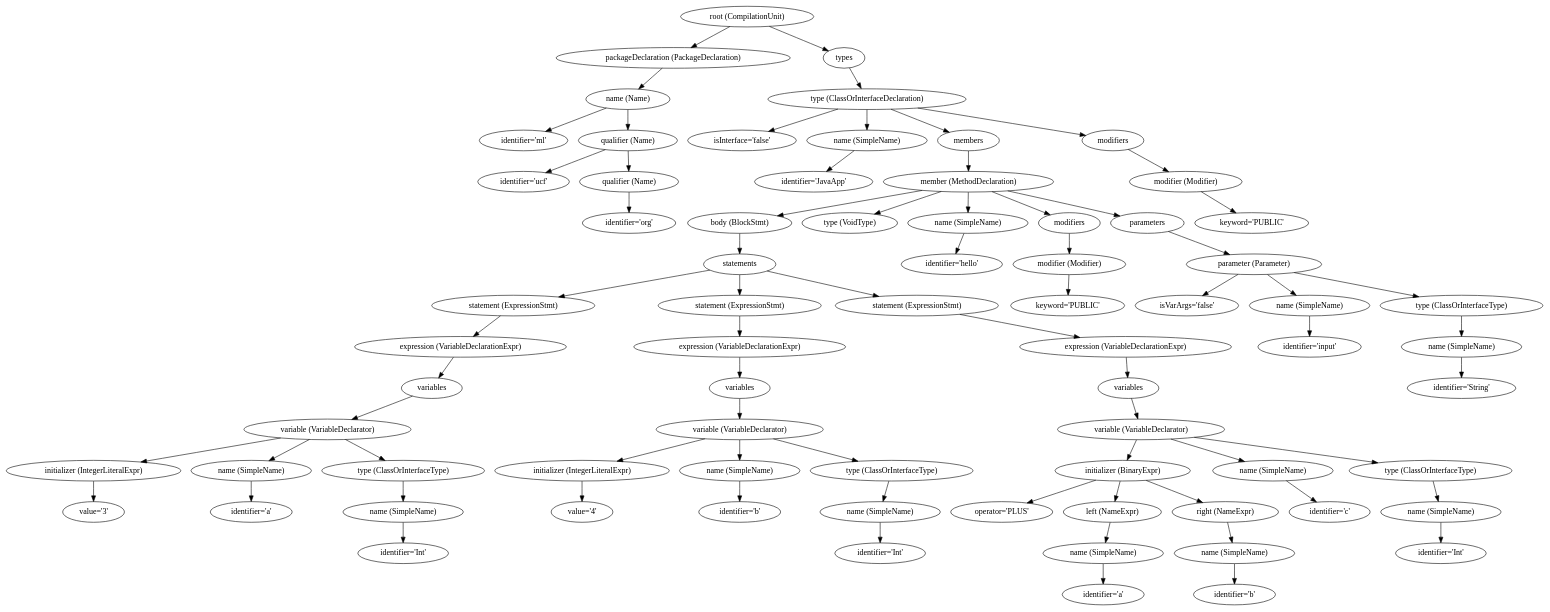
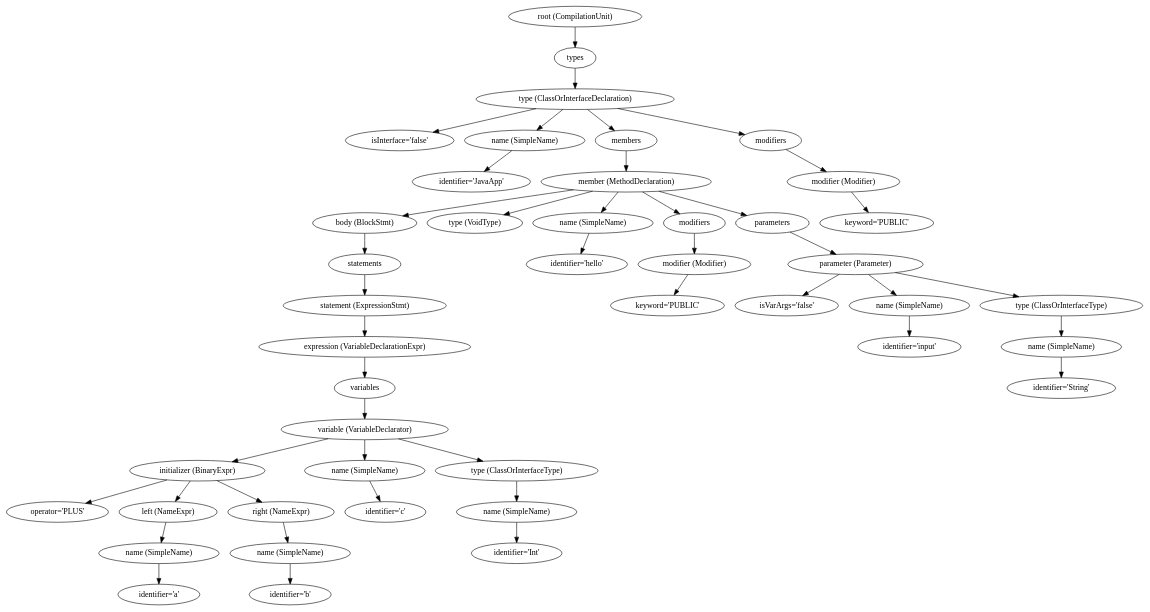
Before and after one commit to bingrao/code2abs: the diagram in log/test.dot, drawn with Graphviz. The commit also changed 9 other files, not shown here.

```diff
--- a/log/test.dot
+++ b/log/test.dot
@@ -1,147 +1,89 @@
 digraph {
 n0 [label="root (CompilationUnit)"];
-n1 [label="packageDeclaration (PackageDeclaration)"];
+n1 [label="types"];
 n0 -> n1;
-n2 [label="name (Name)"];
+n2 [label="type (ClassOrInterfaceDeclaration)"];
 n1 -> n2;
-n3 [label="identifier='ml'"];
+n3 [label="isInterface='false'"];
 n2 -> n3;
-n4 [label="qualifier (Name)"];
+n4 [label="name (SimpleName)"];
 n2 -> n4;
-n5 [label="identifier='ucf'"];
+n5 [label="identifier='JavaApp'"];
 n4 -> n5;
-n6 [label="qualifier (Name)"];
-n4 -> n6;
-n7 [label="identifier='org'"];
+n6 [label="members"];
+n2 -> n6;
+n7 [label="member (MethodDeclaration)"];
 n6 -> n7;
-n8 [label="types"];
-n0 -> n8;
-n9 [label="type (ClassOrInterfaceDeclaration)"];
+n8 [label="body (BlockStmt)"];
+n7 -> n8;
+n9 [label="statements"];
 n8 -> n9;
-n10 [label="isInterface='false'"];
+n10 [label="statement (ExpressionStmt)"];
 n9 -> n10;
-n11 [label="name (SimpleName)"];
-n9 -> n11;
-n12 [label="identifier='JavaApp'"];
+n11 [label="expression (VariableDeclarationExpr)"];
+n10 -> n11;
+n12 [label="variables"];
 n11 -> n12;
-n13 [label="members"];
-n9 -> n13;
-n14 [label="member (MethodDeclaration)"];
+n13 [label="variable (VariableDeclarator)"];
+n12 -> n13;
+n14 [label="initializer (BinaryExpr)"];
 n13 -> n14;
-n15 [label="body (BlockStmt)"];
+n15 [label="operator='PLUS'"];
 n14 -> n15;
-n16 [label="statements"];
-n15 -> n16;
-n17 [label="statement (ExpressionStmt)"];
+n16 [label="left (NameExpr)"];
+n14 -> n16;
+n17 [label="name (SimpleName)"];
 n16 -> n17;
-n18 [label="expression (VariableDeclarationExpr)"];
+n18 [label="identifier='a'"];
 n17 -> n18;
-n19 [label="variables"];
-n18 -> n19;
-n20 [label="variable (VariableDeclarator)"];
+n19 [label="right (NameExpr)"];
+n14 -> n19;
+n20 [label="name (SimpleName)"];
 n19 -> n20;
-n21 [label="initializer (IntegerLiteralExpr)"];
+n21 [label="identifier='b'"];
 n20 -> n21;
-n22 [label="value='3'"];
-n21 -> n22;
-n23 [label="name (SimpleName)"];
-n20 -> n23;
-n24 [label="identifier='a'"];
-n23 -> n24;
-n25 [label="type (ClassOrInterfaceType)"];
-n20 -> n25;
-n26 [label="name (SimpleName)"];
+n22 [label="name (SimpleName)"];
+n13 -> n22;
+n23 [label="identifier='c'"];
+n22 -> n23;
+n24 [label="type (ClassOrInterfaceType)"];
+n13 -> n24;
+n25 [label="name (SimpleName)"];
+n24 -> n25;
+n26 [label="identifier='Int'"];
 n25 -> n26;
-n27 [label="identifier='Int'"];
-n26 -> n27;
-n28 [label="statement (ExpressionStmt)"];
-n16 -> n28;
-n29 [label="expression (VariableDeclarationExpr)"];
+n27 [label="type (VoidType)"];
+n7 -> n27;
+n28 [label="name (SimpleName)"];
+n7 -> n28;
+n29 [label="identifier='hello'"];
 n28 -> n29;
-n30 [label="variables"];
-n29 -> n30;
-n31 [label="variable (VariableDeclarator)"];
+n30 [label="modifiers"];
+n7 -> n30;
+n31 [label="modifier (Modifier)"];
 n30 -> n31;
-n32 [label="initializer (IntegerLiteralExpr)"];
+n32 [label="keyword='PUBLIC'"];
 n31 -> n32;
-n33 [label="value='4'"];
-n32 -> n33;
-n34 [label="name (SimpleName)"];
-n31 -> n34;
-n35 [label="identifier='b'"];
+n33 [label="parameters"];
+n7 -> n33;
+n34 [label="parameter (Parameter)"];
+n33 -> n34;
+n35 [label="isVarArgs='false'"];
 n34 -> n35;
-n36 [label="type (ClassOrInterfaceType)"];
-n31 -> n36;
-n37 [label="name (SimpleName)"];
+n36 [label="name (SimpleName)"];
+n34 -> n36;
+n37 [label="identifier='input'"];
 n36 -> n37;
-n38 [label="identifier='Int'"];
-n37 -> n38;
-n39 [label="statement (ExpressionStmt)"];
-n16 -> n39;
-n40 [label="expression (VariableDeclarationExpr)"];
+n38 [label="type (ClassOrInterfaceType)"];
+n34 -> n38;
+n39 [label="name (SimpleName)"];
+n38 -> n39;
+n40 [label="identifier='String'"];
 n39 -> n40;
-n41 [label="variables"];
-n40 -> n41;
-n42 [label="variable (VariableDeclarator)"];
+n41 [label="modifiers"];
+n2 -> n41;
+n42 [label="modifier (Modifier)"];
 n41 -> n42;
-n43 [label="initializer (BinaryExpr)"];
+n43 [label="keyword='PUBLIC'"];
 n42 -> n43;
-n44 [label="operator='PLUS'"];
-n43 -> n44;
-n45 [label="left (NameExpr)"];
-n43 -> n45;
-n46 [label="name (SimpleName)"];
-n45 -> n46;
-n47 [label="identifier='a'"];
-n46 -> n47;
-n48 [label="right (NameExpr)"];
-n43 -> n48;
-n49 [label="name (SimpleName)"];
-n48 -> n49;
-n50 [label="identifier='b'"];
-n49 -> n50;
-n51 [label="name (SimpleName)"];
-n42 -> n51;
-n52 [label="identifier='c'"];
-n51 -> n52;
-n53 [label="type (ClassOrInterfaceType)"];
-n42 -> n53;
-n54 [label="name (SimpleName)"];
-n53 -> n54;
-n55 [label="identifier='Int'"];
-n54 -> n55;
-n56 [label="type (VoidType)"];
-n14 -> n56;
-n57 [label="name (SimpleName)"];
-n14 -> n57;
-n58 [label="identifier='hello'"];
-n57 -> n58;
-n59 [label="modifiers"];
-n14 -> n59;
-n60 [label="modifier (Modifier)"];
-n59 -> n60;
-n61 [label="keyword='PUBLIC'"];
-n60 -> n61;
-n62 [label="parameters"];
-n14 -> n62;
-n63 [label="parameter (Parameter)"];
-n62 -> n63;
-n64 [label="isVarArgs='false'"];
-n63 -> n64;
-n65 [label="name (SimpleName)"];
-n63 -> n65;
-n66 [label="identifier='input'"];
-n65 -> n66;
-n67 [label="type (ClassOrInterfaceType)"];
-n63 -> n67;
-n68 [label="name (SimpleName)"];
-n67 -> n68;
-n69 [label="identifier='String'"];
-n68 -> n69;
-n70 [label="modifiers"];
-n9 -> n70;
-n71 [label="modifier (Modifier)"];
-n70 -> n71;
-n72 [label="keyword='PUBLIC'"];
-n71 -> n72;
 }
```
